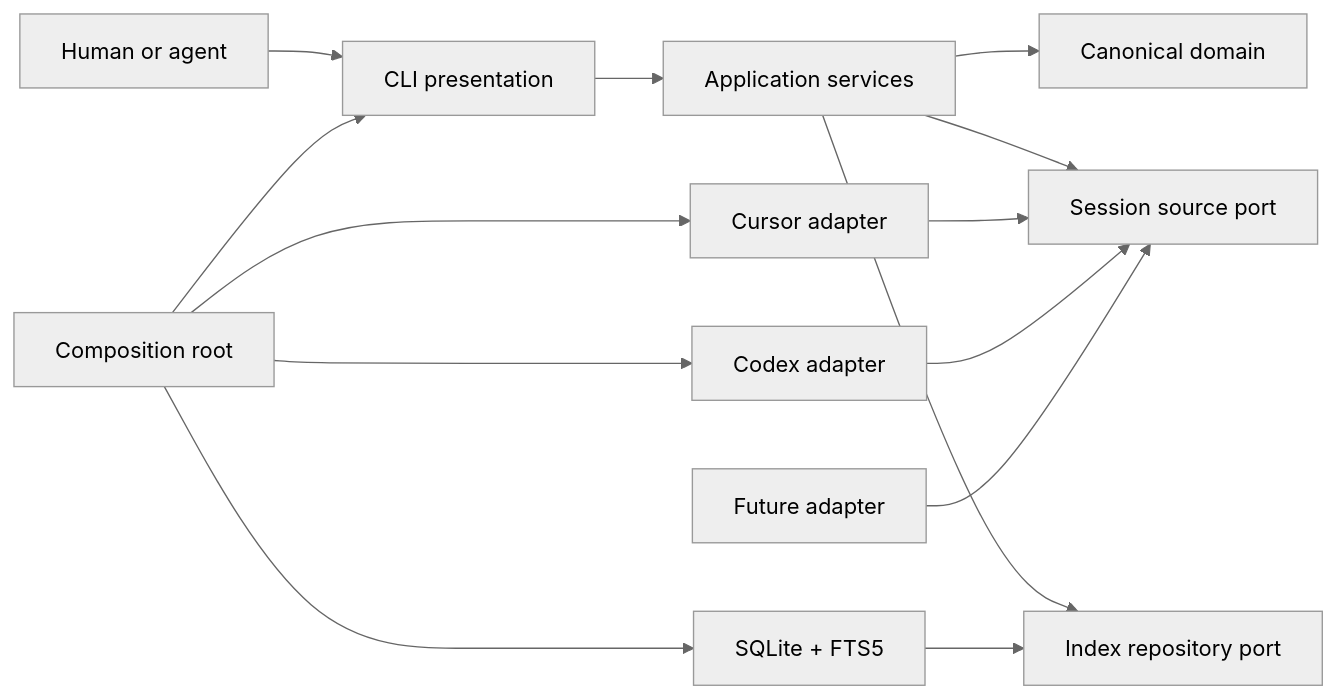
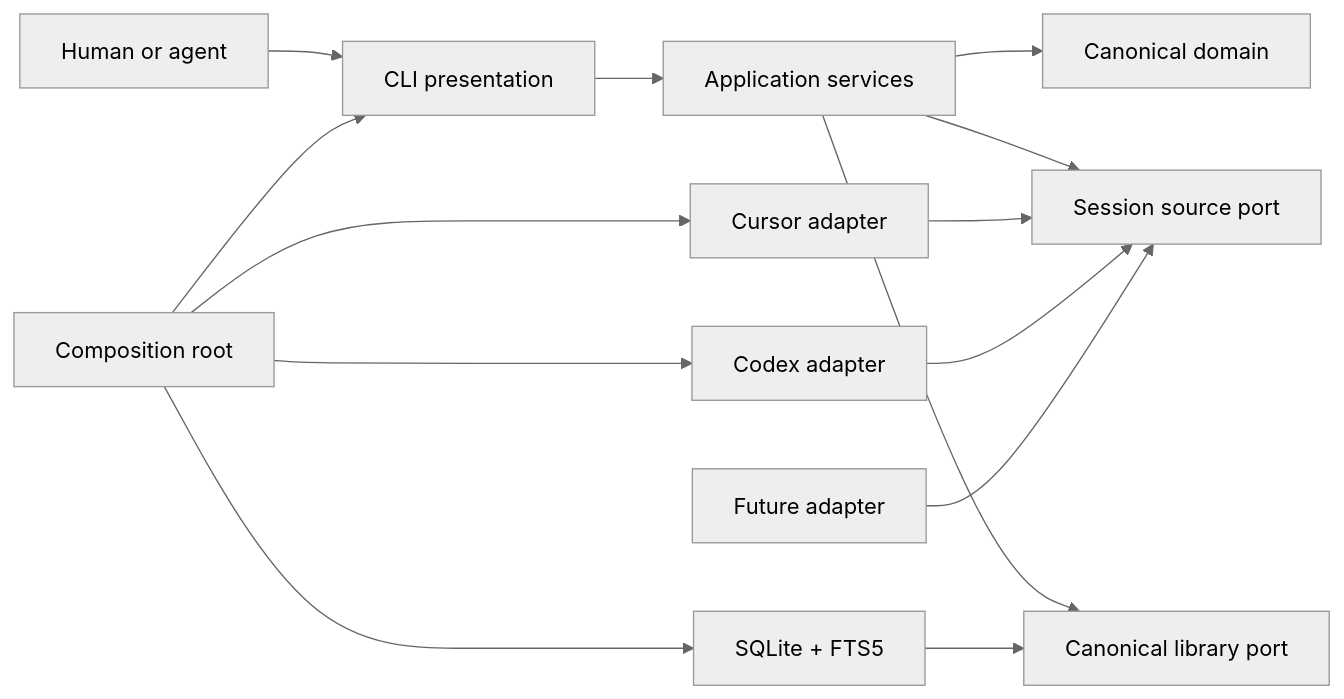
The diagram in docs/architecture-memo.md (ferueda/sessions), drawn with Mermaid (neutral theme) before and after one commit. The commit also changed other lines of this file and 16 other files, not shown here.

````diff
--- a/docs/architecture-memo.md
+++ b/docs/architecture-memo.md
@@ -45,16 +45,16 @@
 ```mermaid
 flowchart LR
   User["Human or agent"] --> CLI["CLI presentation"]
   CLI --> App["Application services"]
   App --> Domain["Canonical domain"]
   App --> SourcePort["Session source port"]
-  App --> IndexPort["Index repository port"]
+  App --> IndexPort["Canonical library port"]
   Cursor["Cursor adapter"] --> SourcePort
   Codex["Codex adapter"] --> SourcePort
   Future["Future adapter"] --> SourcePort
   SQLite["SQLite + FTS5"] --> IndexPort
   Compose["Composition root"] --> CLI
   Compose --> Cursor
   Compose --> Codex
   Compose --> SQLite
 ```
````
